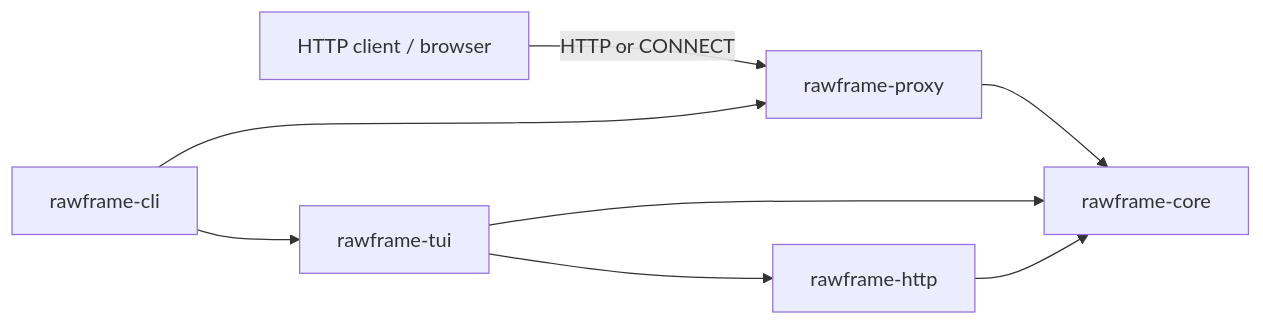
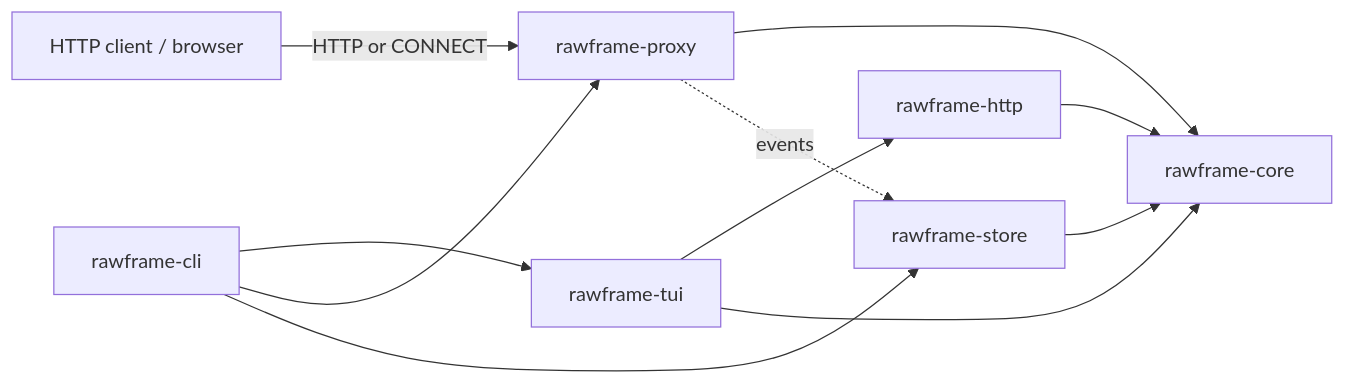
The diagram in README.md (dustin04x/RAWFR4ME), drawn with Mermaid before and after one commit. The commit also changed other lines of this file and 43 other files, not shown here.

````diff
--- a/README.md
+++ b/README.md
@@ -89,10 +99,13 @@
 ```mermaid
 flowchart LR
     client[HTTP client / browser] -->|HTTP or CONNECT| proxy[rawframe-proxy]
     cli[rawframe-cli] --> tui[rawframe-tui]
     cli --> proxy
+    cli --> store[rawframe-store]
     tui --> http[rawframe-http]
     tui --> core[rawframe-core]
     proxy --> core
+    store --> core
     http --> core
+    proxy -. events .-> store
 ```
````
